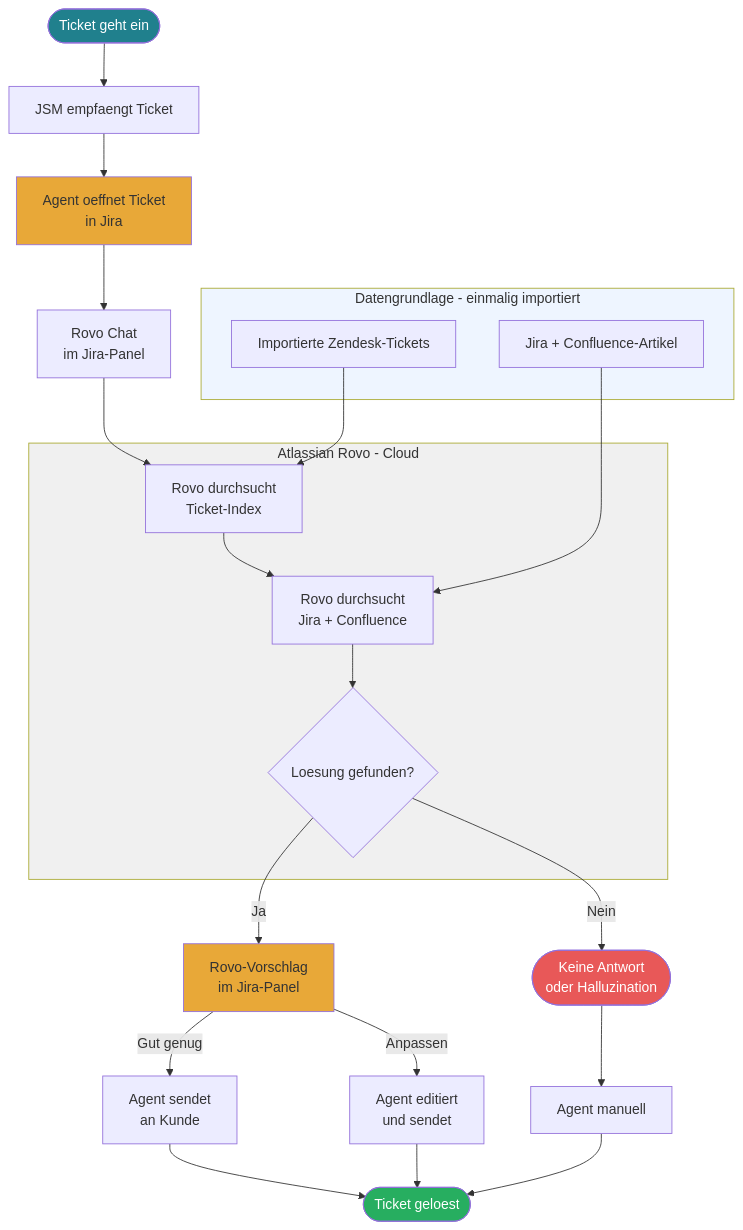
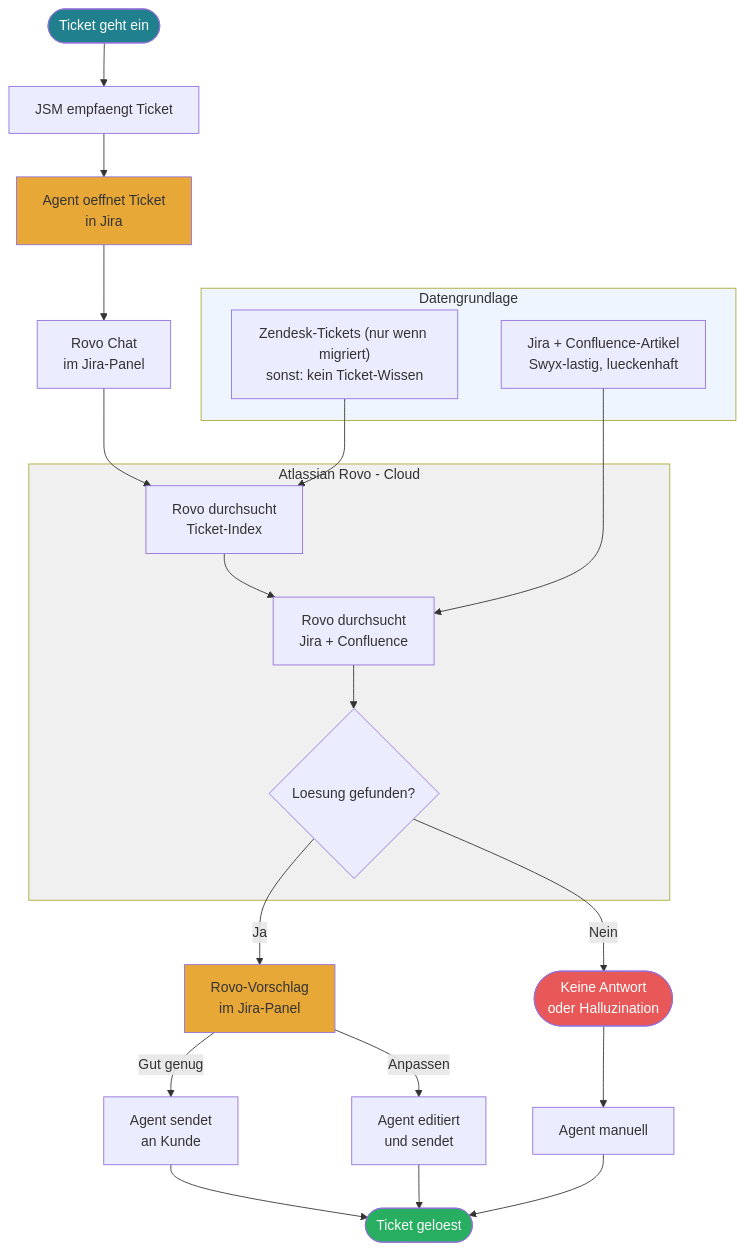
One commit to tekknix/zendesk-ai changed diagram 13 of 16 in readme.md. Above: the diagram before and after it, drawn with Mermaid. The commit also changed other lines of this file, not shown here.

````diff
--- a/readme.md
+++ b/readme.md
@@ -346,36 +398,36 @@
 ```mermaid
 flowchart TD
     A([Ticket geht ein]) --> B[JSM empfaengt Ticket]
     B --> C[Agent oeffnet Ticket<br>in Jira]
     C --> D[Rovo Chat<br>im Jira-Panel]
     D --> E[Rovo durchsucht<br>Ticket-Index]
     E --> F[Rovo durchsucht<br>Jira + Confluence]
     F --> G{Loesung gefunden?}
     G -->|Ja| H[Rovo-Vorschlag<br>im Jira-Panel]
     G -->|Nein| X([Keine Antwort<br>oder Halluzination])
     H -->|Gut genug| I[Agent sendet<br>an Kunde]
     H -->|Anpassen| K[Agent editiert<br>und sendet]
     X --> J[Agent manuell]
     I --> L([Ticket geloest])
     K --> L
     J --> L
 
     subgraph ROVO [Atlassian Rovo - Cloud]
         E
         F
         G
     end
 
-    subgraph IMPORT [Datengrundlage - einmalig importiert]
-        Z1[Importierte Zendesk-Tickets] --> E
-        Z2[Jira + Confluence-Artikel] --> F
+    subgraph IMPORT [Datengrundlage]
+        Z1["Zendesk-Tickets (nur wenn migriert)<br>sonst: kein Ticket-Wissen"] --> E
+        Z2[Jira + Confluence-Artikel<br>Swyx-lastig, lueckenhaft] --> F
     end
 
     style A fill:#20808D,color:#fff
     style C fill:#E8A838,color:#333
     style H fill:#E8A838,color:#333
     style L fill:#27AE60,color:#fff
     style X fill:#E85858,color:#fff
     style ROVO fill:#f0f0f0,color:#333
     style IMPORT fill:#eef5ff,color:#333
 ```
````
